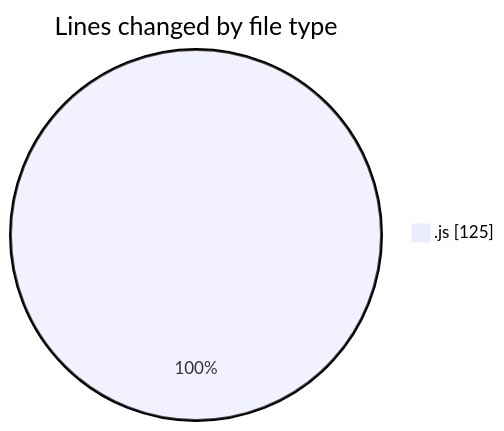
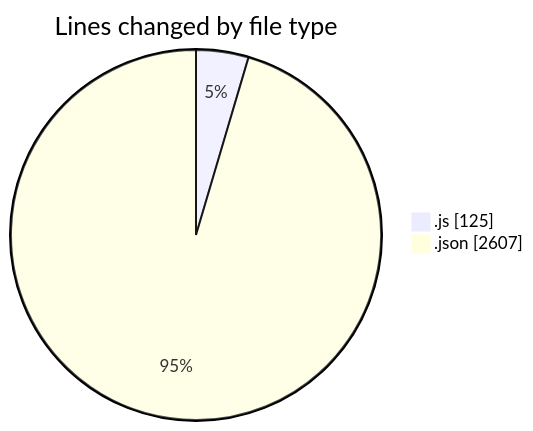
Before and after one commit to nxtqubesakshisongat/code-tracking: the first of 2 diagrams in 2025-04-09/nxtqube_webapp/README.md, drawn with Mermaid. The commit also changed other lines of this file and 1 other file, not shown here.

````diff
--- a/2025-04-09/nxtqube_webapp/README.md
+++ b/2025-04-09/nxtqube_webapp/README.md
@@ -21,5 +22,6 @@
 ```mermaid
 pie showData
 title Lines changed by file type
 ".js" : 125
+".json" : 2607
 ```
````
